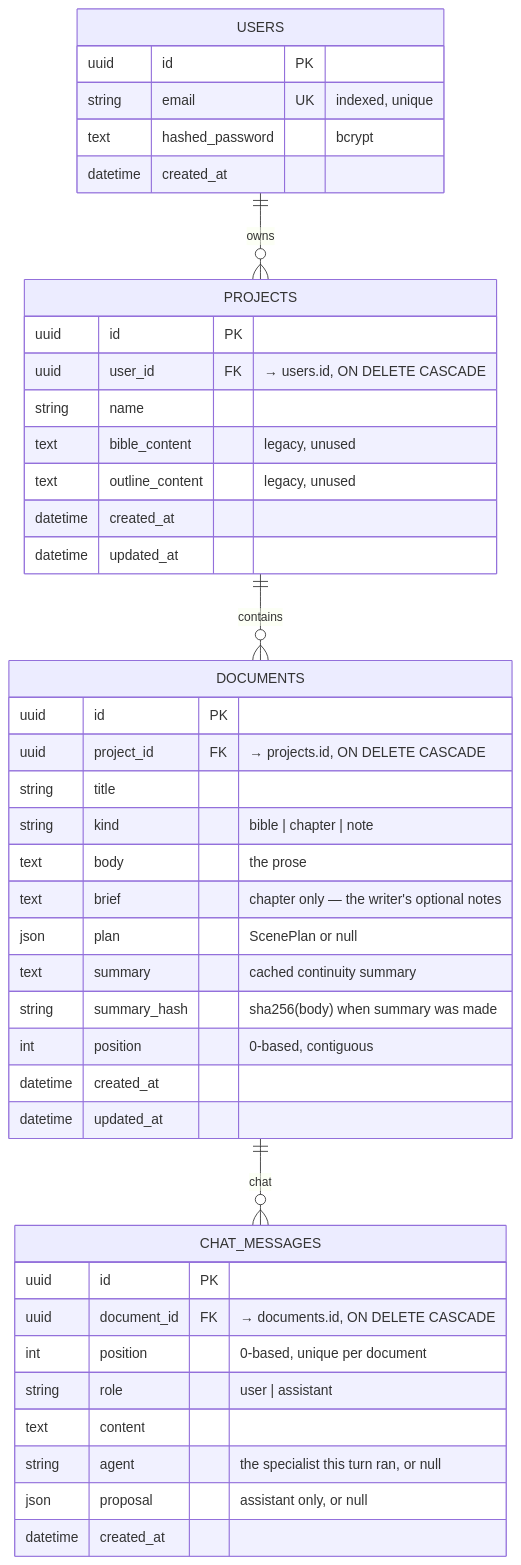
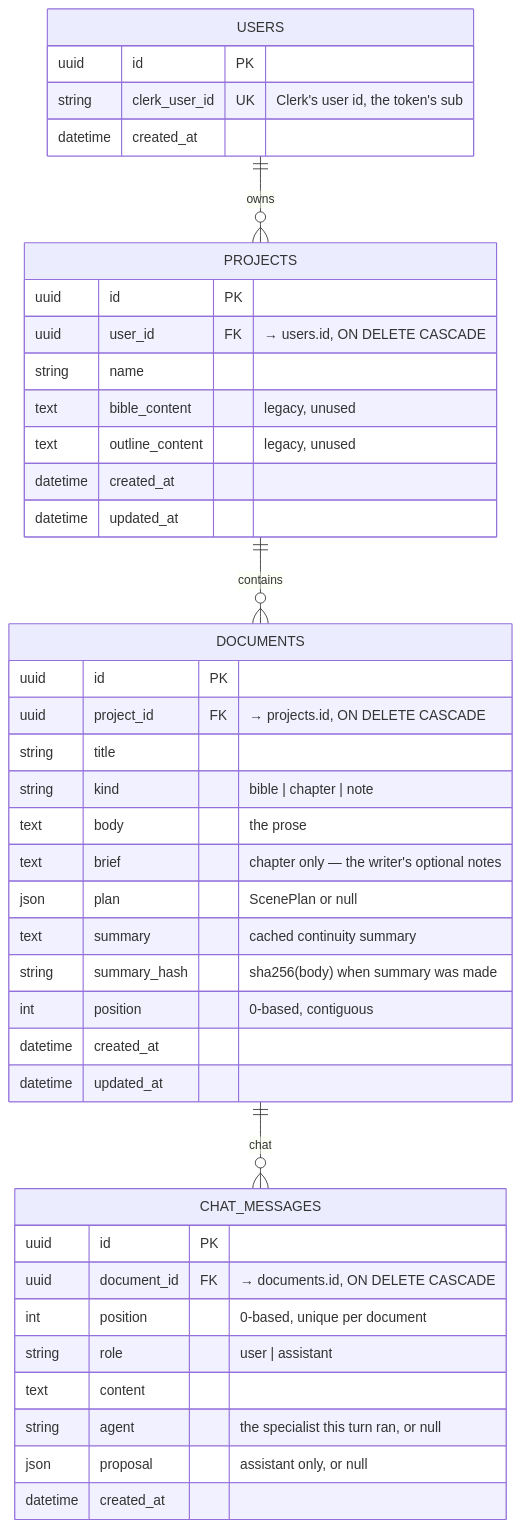
One commit to Akazz-L/maya changed the first of 3 diagrams in docs/diagrams/02-backend-data-model.md. Above: the diagram before and after it, drawn with Mermaid. The commit also changed 71 other files, not shown here.

````diff
--- a/docs/diagrams/02-backend-data-model.md
+++ b/docs/diagrams/02-backend-data-model.md
@@ -7,49 +7,48 @@
 ```mermaid
 erDiagram
     USERS ||--o{ PROJECTS : owns
     PROJECTS ||--o{ DOCUMENTS : contains
     DOCUMENTS ||--o{ CHAT_MESSAGES : "chat"
 
     USERS {
         uuid id PK
-        string email UK "indexed, unique"
-        text hashed_password "bcrypt"
+        string clerk_user_id UK "Clerk's user id, the token's sub"
         datetime created_at
     }
 
     PROJECTS {
         uuid id PK
         uuid user_id FK "→ users.id, ON DELETE CASCADE"
         string name
         text bible_content "legacy, unused"
         text outline_content "legacy, unused"
         datetime created_at
         datetime updated_at
     }
 
     DOCUMENTS {
         uuid id PK
         uuid project_id FK "→ projects.id, ON DELETE CASCADE"
         string title
         string kind "bible | chapter | note"
         text body "the prose"
         text brief "chapter only — the writer's optional notes"
         json plan "ScenePlan or null"
         text summary "cached continuity summary"
         string summary_hash "sha256(body) when summary was made"
         int position "0-based, contiguous"
         datetime created_at
         datetime updated_at
     }
 
     CHAT_MESSAGES {
         uuid id PK
         uuid document_id FK "→ documents.id, ON DELETE CASCADE"
         int position "0-based, unique per document"
         string role "user | assistant"
         text content
         string agent "the specialist this turn ran, or null"
         json proposal "assistant only, or null"
         datetime created_at
     }
 ```
````
